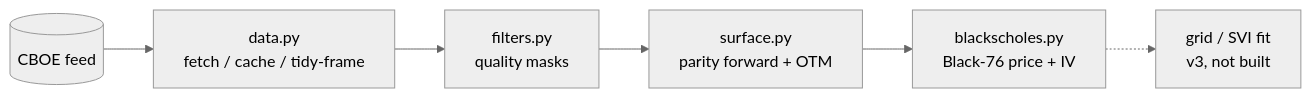
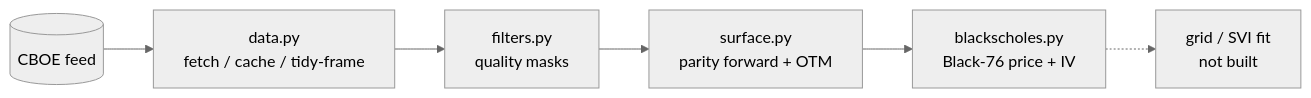
The diagram in vol-surface/docs/ARCHITECTURE.md (bsinek/quant-research), drawn with Mermaid (neutral theme) before and after one commit. The commit also changed 1 other file, not shown here.

Commit message:
docs(vol-surface): drop version labels from roadmap
- v1/v2/v3 drifted across STATE/ARCHITECTURE/plan docs, causing
  confusion about what was actually next
- Next rewritten in plain language: SVI notebook is immediate;
  spread-outlier filter and Newton solver moved to later
- eda.ipynb keeps cboe_iv, unaffected

````diff
--- a/vol-surface/docs/ARCHITECTURE.md
+++ b/vol-surface/docs/ARCHITECTURE.md
@@ -12,8 +12,8 @@
 ```mermaid
 flowchart LR
     CBOE[(CBOE feed)] --> data[data.py<br/>fetch / cache / tidy-frame]
     data --> filters[filters.py<br/>quality masks]
     filters --> surface[surface.py<br/>parity forward + OTM]
     surface --> bs[blackscholes.py<br/>Black-76 price + IV]
-    bs -.-> grid[grid / SVI fit<br/>v3, not built]
+    bs -.-> grid[grid / SVI fit<br/>not built]
 ```
````
